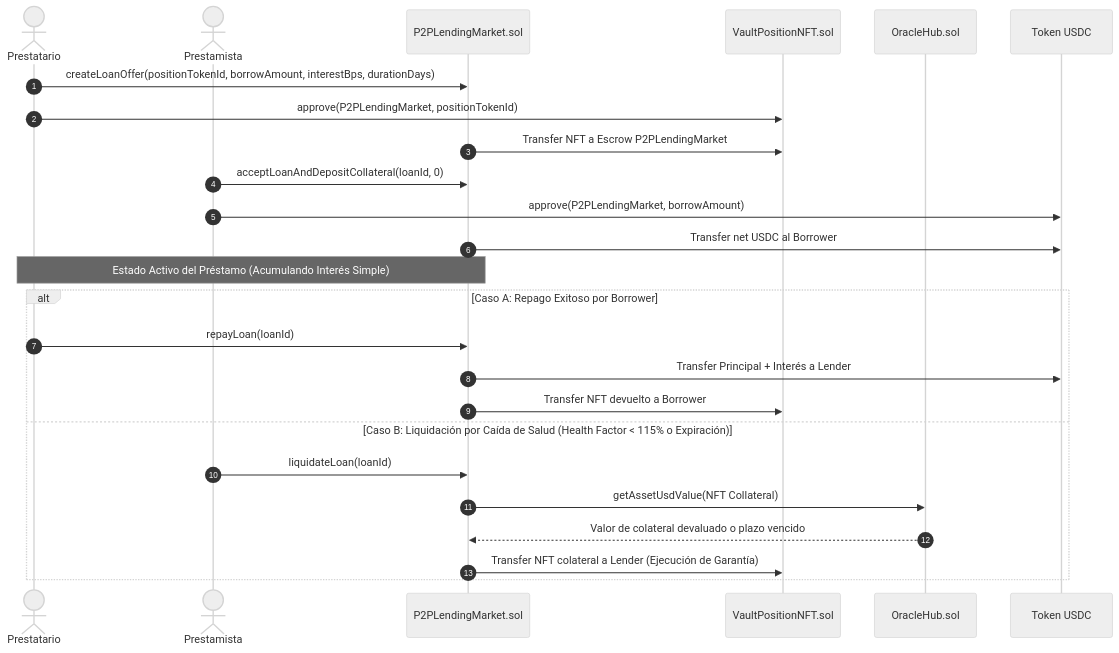
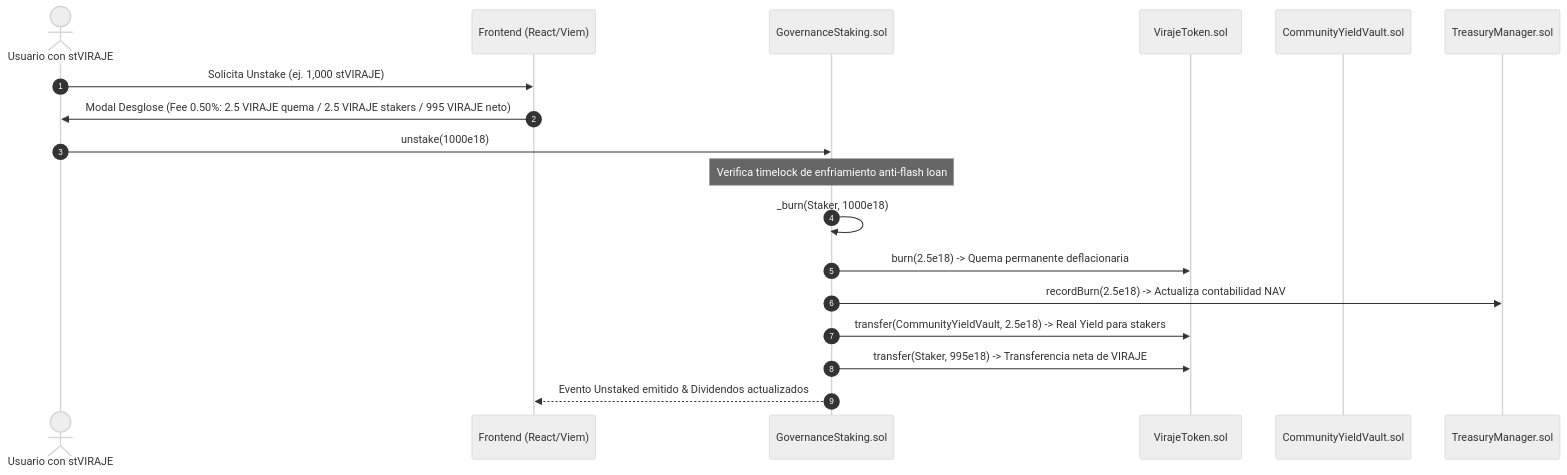
The third of 3 diagrams in docs/FULL_ARCHITECTURE_SPECIFICATION.md (JaviMartin92/token), drawn with Mermaid (neutral theme) before and after one commit. The commit also changed other lines of this file and 3 other files, not shown here.

Commit message:
docs(institutional): complete v7.0 overhaul of tokenomics, whitepaper, architecture specification, and readme

````diff
--- a/docs/FULL_ARCHITECTURE_SPECIFICATION.md
+++ b/docs/FULL_ARCHITECTURE_SPECIFICATION.md
@@ -156,30 +160,21 @@
 ```mermaid
 sequenceDiagram
     autonumber
-    actor Borrower as Prestatario
-    actor Lender as Prestamista
-    participant P2P as P2PLendingMarket.sol
-    participant NFT as VaultPositionNFT.sol
-    participant Oracle as OracleHub.sol
-    participant USDC as Token USDC
+    actor Staker as Usuario con stVIRAJE
+    participant App as Frontend (React/Viem)
+    participant Staking as GovernanceStaking.sol
+    participant GovToken as VirajeToken.sol
+    participant CommunityVault as CommunityYieldVault.sol
+    participant Treasury as TreasuryManager.sol
 
-    Borrower->>P2P: createLoanOffer(positionTokenId, borrowAmount, interestBps, durationDays)
-    Borrower->>NFT: approve(P2PLendingMarket, positionTokenId)
-    P2P->>NFT: Transfer NFT a Escrow P2PLendingMarket
-    Lender->>P2P: acceptLoanAndDepositCollateral(loanId, 0)
-    Lender->>USDC: approve(P2PLendingMarket, borrowAmount)
-    P2P->>USDC: Transfer net USDC al Borrower
-    
-    Note over Borrower,P2P: Estado Activo del Préstamo (Acumulando Interés Simple)
-
-    alt Caso A: Repago Exitoso por Borrower
-        Borrower->>P2P: repayLoan(loanId)
-        P2P->>USDC: Transfer Principal + Interés a Lender
-        P2P->>NFT: Transfer NFT devuelto a Borrower
-    else Caso B: Liquidación por Caída de Salud (Health Factor < 115% o Expiración)
-        Lender->>P2P: liquidateLoan(loanId)
-        P2P->>Oracle: getAssetUsdValue(NFT Collateral)
-        Oracle-->>P2P: Valor de colateral devaluado o plazo vencido
-        P2P->>NFT: Transfer NFT colateral a Lender (Ejecución de Garantía)
-    end
+    Staker->>App: Solicita Unstake (ej. 1,000 stVIRAJE)
+    App->>Staker: Modal Desglose (Fee 0.50%: 2.5 VIRAJE quema / 2.5 VIRAJE stakers / 995 VIRAJE neto)
+    Staker->>Staking: unstake(1000e18)
+    Note over Staking: Verifica timelock de enfriamiento anti-flash loan
+    Staking->>Staking: _burn(Staker, 1000e18)
+    Staking->>GovToken: burn(2.5e18) -> Quema permanente deflacionaria
+    Staking->>Treasury: recordBurn(2.5e18) -> Actualiza contabilidad NAV
+    Staking->>GovToken: transfer(CommunityYieldVault, 2.5e18) -> Real Yield para stakers
+    Staking->>GovToken: transfer(Staker, 995e18) -> Transferencia neta de VIRAJE
+    Staking-->>App: Evento Unstaked emitido & Dividendos actualizados
 ```
````
